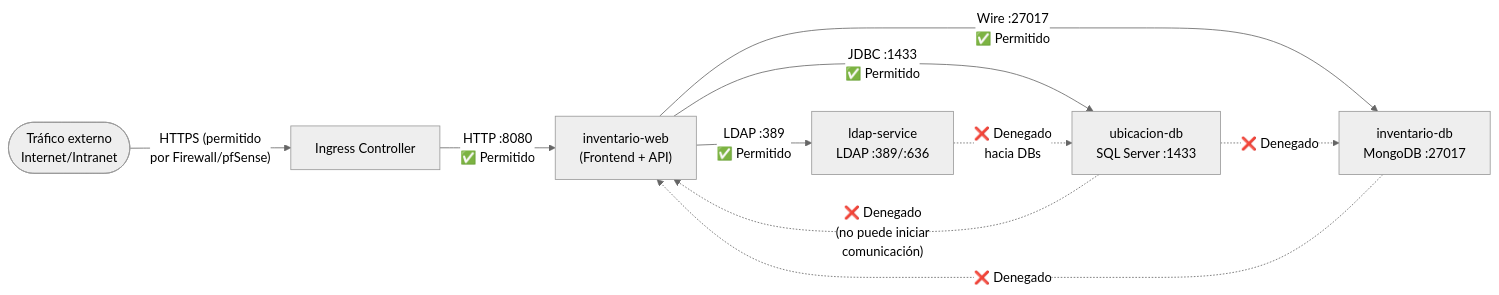
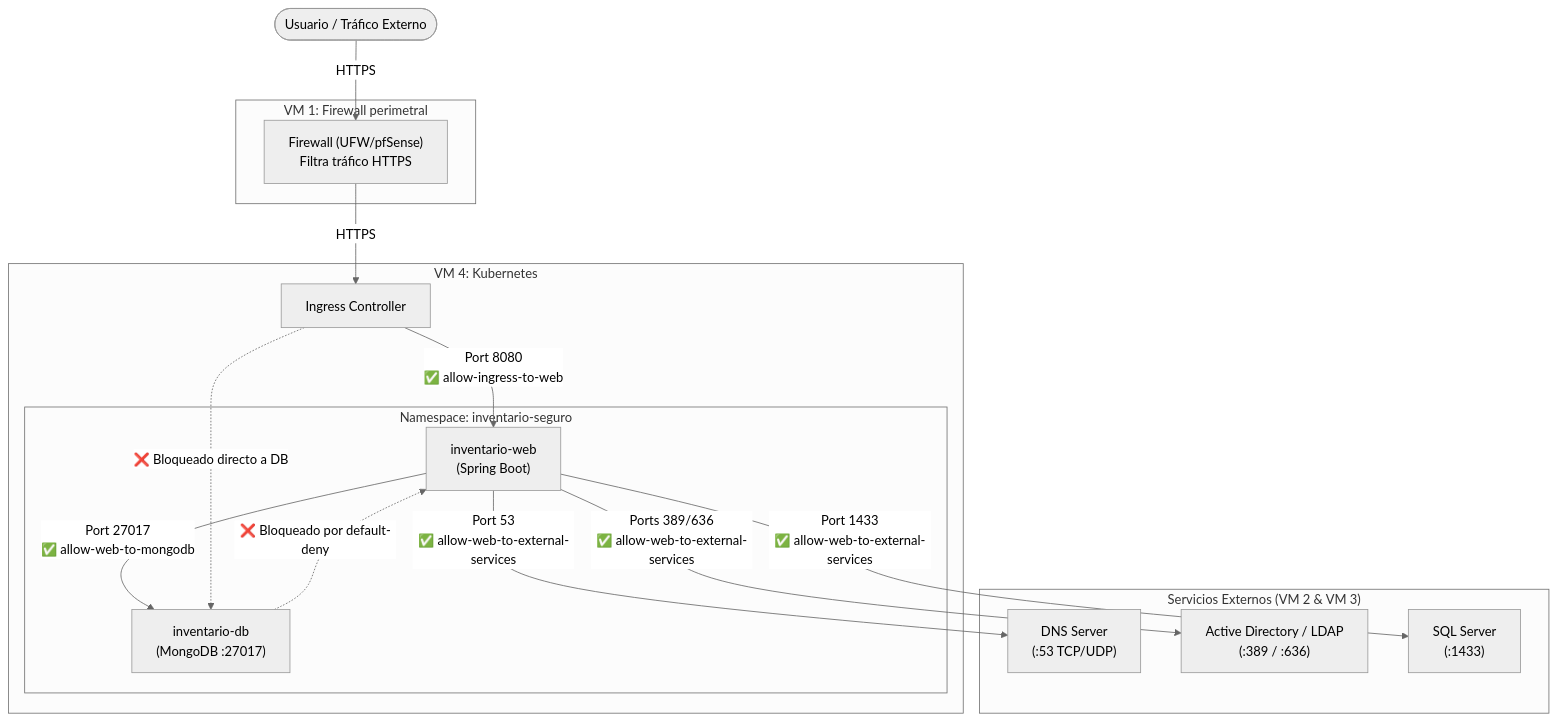
The fifth of 6 diagrams in docs/Informe_EGI_Inventario.md (juanmahumeniuk/egi-inventario-seguro), drawn with Mermaid (neutral theme) before and after one commit. The commit also changed other lines of this file, not shown here.

````diff
--- a/docs/Informe_EGI_Inventario.md
+++ b/docs/Informe_EGI_Inventario.md
@@ -276,20 +288,37 @@
 ```mermaid
-graph LR
-    EXT([Tráfico externo\nInternet/Intranet])
-    IC["Ingress Controller"]
-    FE["inventario-web\n(Frontend + API)"]
-    SQL["ubicacion-db\nSQL Server :1433"]
-    MONGO["inventario-db\nMongoDB :27017"]
-    LDAP["ldap-service\nLDAP :389/:636"]
+graph TD
+    EXT([Usuario / Tráfico Externo])
+    
+    subgraph VM1["VM 1: Firewall perimetral"]
+        FW["Firewall (UFW/pfSense)\nFiltra tráfico HTTPS"]
+    end
 
-    EXT -- "HTTPS (permitido\npor Firewall/pfSense)" --> IC
-    IC -- "HTTP :8080\n✅ Permitido" --> FE
-    FE -- "JDBC :1433\n✅ Permitido" --> SQL
-    FE -- "Wire :27017\n✅ Permitido" --> MONGO
-    FE -- "LDAP :389\n✅ Permitido" --> LDAP
+    subgraph VM4["VM 4: Kubernetes"]
+        IC["Ingress Controller"]
+        
+        subgraph NS["Namespace: inventario-seguro"]
+            FE["inventario-web\n(Spring Boot)"]
+            MONGO["inventario-db\n(MongoDB :27017)"]
+        end
+    end
 
-    SQL -. "❌ Denegado\n(no puede iniciar\ncomunicación)" .-> FE
-    MONGO -. "❌ Denegado" .-> FE
-    SQL -. "❌ Denegado" .-> MONGO
-    LDAP -. "❌ Denegado\nhacia DBs" .-> SQL
+    subgraph VMExt["Servicios Externos (VM 2 & VM 3)"]
+        DNS["DNS Server\n(:53 TCP/UDP)"]
+        LDAP["Active Directory / LDAP\n(:389 / :636)"]
+        SQL["SQL Server\n(:1433)"]
+    end
+
+    EXT -- "HTTPS" --> FW
+    FW -- "HTTPS" --> IC
+    IC -- "Port 8080\n✅ allow-ingress-to-web" --> FE
+    FE -- "Port 27017\n✅ allow-web-to-mongodb" --> MONGO
+    
+    %% Tráfico saliente a VMs externas
+    FE -- "Port 53\n✅ allow-web-to-external-services" --> DNS
+    FE -- "Ports 389/636\n✅ allow-web-to-external-services" --> LDAP
+    FE -- "Port 1433\n✅ allow-web-to-external-services" --> SQL
+
+    %% Denegaciones internas
+    MONGO -. "❌ Bloqueado por default-deny" .-> FE
+    IC -. "❌ Bloqueado directo a DB" .-> MONGO
 ```
````
